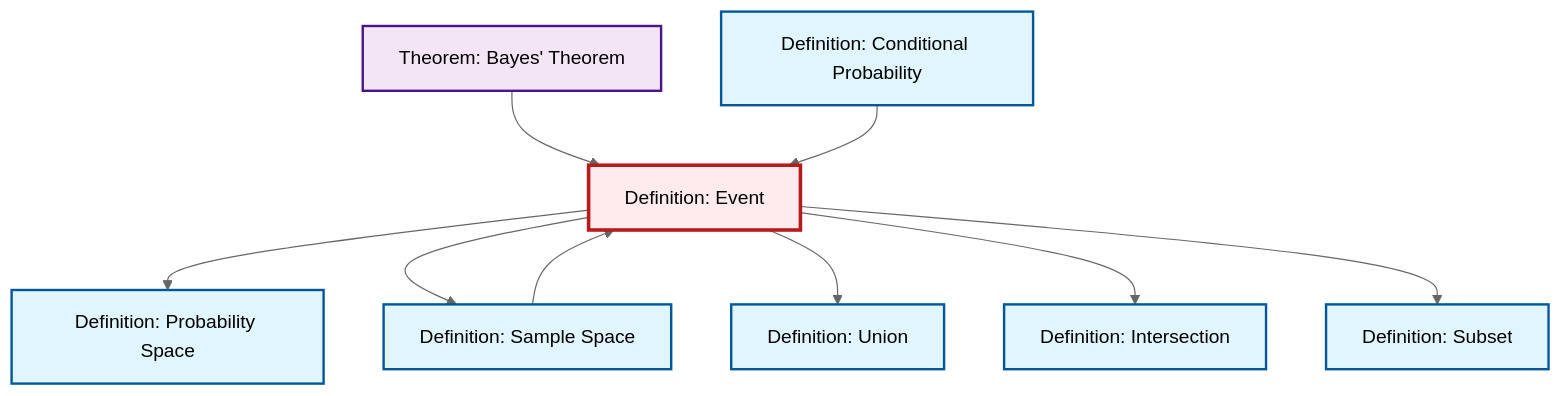
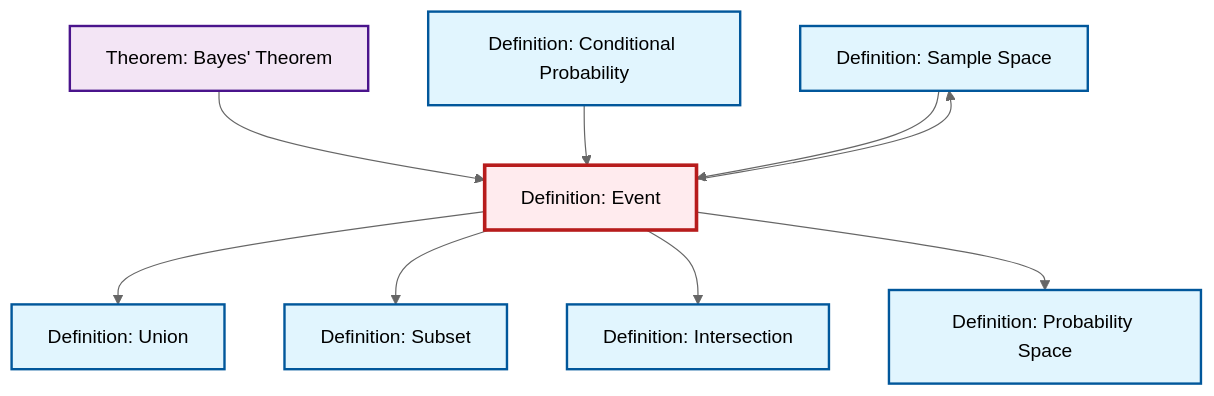
One commit to RK0429/ModernMath changed the diagram in output/mermaid/def-event.mermaid. Above: the diagram before and after it, drawn with Mermaid (neutral theme). The commit also changed other lines of this file and 1117 other files, not shown here.

````diff
--- a/output/mermaid/def-event.mermaid
+++ b/output/mermaid/def-event.mermaid
@@ -1,26 +1,26 @@
 ```{mermaid}
 %%| fig-cap: "Local dependency graph"
 graph TD
     classDef definition fill:#e1f5fe,stroke:#01579b,stroke-width:2px
     classDef theorem fill:#f3e5f5,stroke:#4a148c,stroke-width:2px
     classDef axiom fill:#fff3e0,stroke:#e65100,stroke-width:2px
     classDef example fill:#e8f5e9,stroke:#1b5e20,stroke-width:2px
     classDef current fill:#ffebee,stroke:#b71c1c,stroke-width:3px
-    def-subset["Definition: Subset"]:::definition
+    def-sample-space["Definition: Sample Space"]:::definition
+    thm-bayes["Theorem: Bayes' Theorem"]:::theorem
+    def-union["Definition: Union"]:::definition
+    def-intersection["Definition: Intersection"]:::definition
     def-probability-space["Definition: Probability Space"]:::definition
     def-event["Definition: Event"]:::definition
-    thm-bayes["Theorem: Bayes' Theorem"]:::theorem
-    def-sample-space["Definition: Sample Space"]:::definition
-    def-intersection["Definition: Intersection"]:::definition
-    def-union["Definition: Union"]:::definition
     def-conditional-probability["Definition: Conditional Probability"]:::definition
+    def-subset["Definition: Subset"]:::definition
+    def-event --> def-union
+    def-event --> def-subset
+    def-event --> def-intersection
+    thm-bayes --> def-event
+    def-conditional-probability --> def-event
+    def-event --> def-sample-space
+    def-sample-space --> def-event
     def-event --> def-probability-space
-    thm-bayes --> def-event
-    def-event --> def-sample-space
-    def-event --> def-union
-    def-sample-space --> def-event
-    def-conditional-probability --> def-event
-    def-event --> def-intersection
-    def-event --> def-subset
     class def-event current
 ```
````
